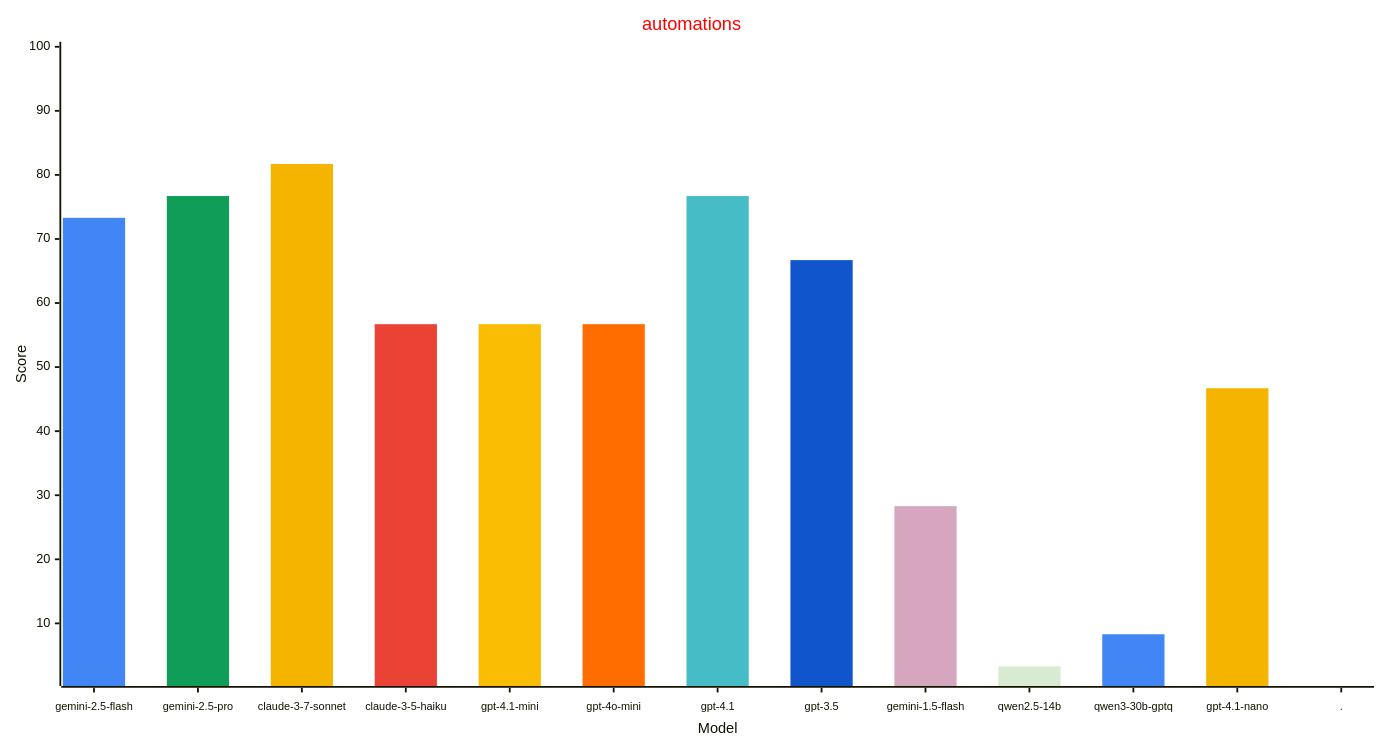
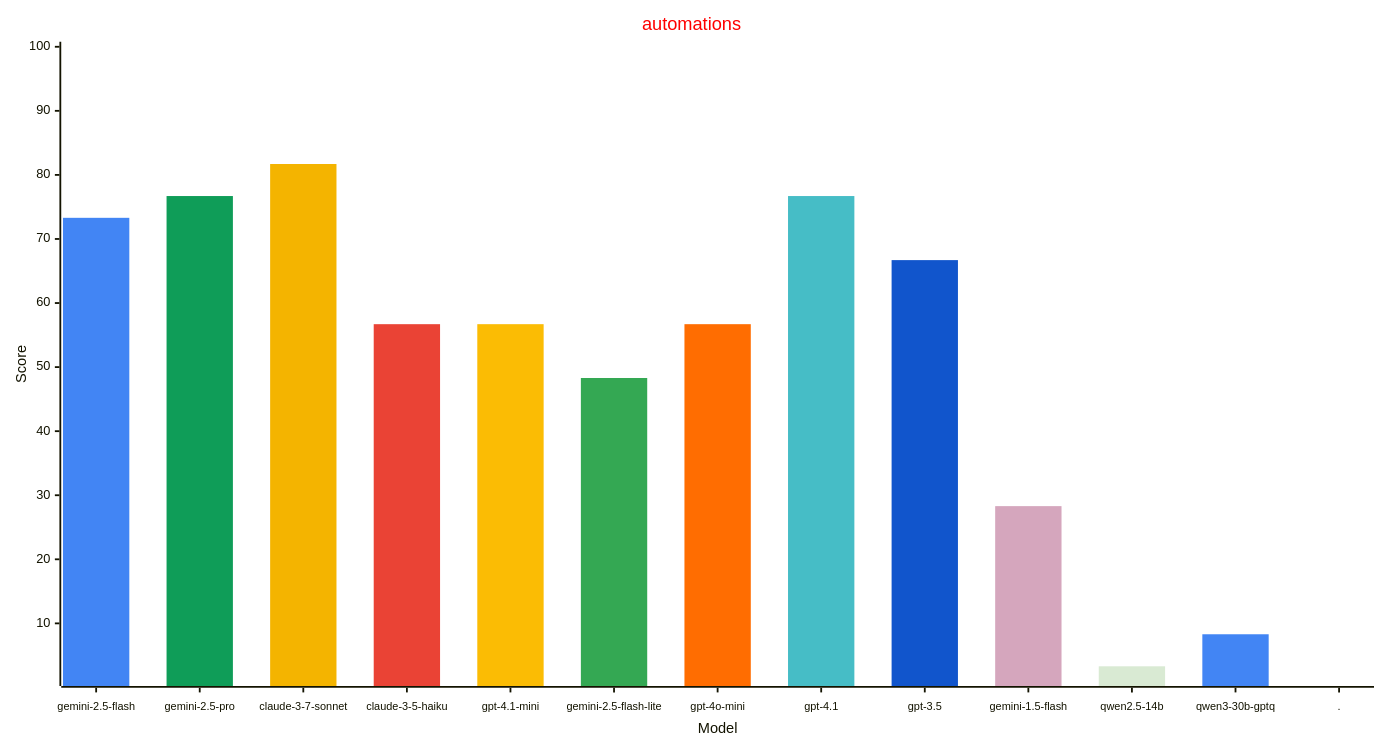
The fourth of 4 diagrams in reports/README.md (allenporter/home-assistant-datasets), drawn with Mermaid before and after one commit. The commit also changed other lines of this file and 73 other files, not shown here.

````diff
--- a/reports/README.md
+++ b/reports/README.md
@@ -210,33 +210,33 @@
 ```mermaid
 ---
 config:
     xyChart:
         width: 1500
         height: 800
         xAxis:
           labelFontSize: 12
           labelPadding: 8
     themeVariables:
         xyChart:
             titleColor: "#ff0000"
-            plotColorPalette: "#4285f4, #0f9d58, #f4b400, #ea4335, #fbbc04, #ff6d01, #46bdc6, #1155cc, #d5a6bd, #d9ead3, #4285f4, #f4b400, #4285f4"
+            plotColorPalette: "#4285f4, #0f9d58, #f4b400, #ea4335, #fbbc04, #34a853, #ff6d01, #46bdc6, #1155cc, #d5a6bd, #d9ead3, #4285f4, #4285f4"
 
 ---
 xychart-beta
   title "automations"
-  x-axis "Model" [gemini-2.5-flash, gemini-2.5-pro, claude-3-7-sonnet, claude-3-5-haiku, gpt-4.1-mini, gpt-4o-mini, gpt-4.1, gpt-3.5, gemini-1.5-flash, qwen2.5-14b, qwen3-30b-gptq, gpt-4.1-nano, .]
+  x-axis "Model" [gemini-2.5-flash, gemini-2.5-pro, claude-3-7-sonnet, claude-3-5-haiku, gpt-4.1-mini, gemini-2.5-flash-lite, gpt-4o-mini, gpt-4.1, gpt-3.5, gemini-1.5-flash, qwen2.5-14b, qwen3-30b-gptq, .]
   y-axis "Score" 1 --> 100
   bar [73.3, 0.0, 0.0, 0.0, 0.0, 0.0, 0.0, 0.0, 0.0, 0.0, 0.0, 0.0, 0.0]
   bar [0.0, 76.7, 0.0, 0.0, 0.0, 0.0, 0.0, 0.0, 0.0, 0.0, 0.0, 0.0, 0.0]
   bar [0.0, 0.0, 81.7, 0.0, 0.0, 0.0, 0.0, 0.0, 0.0, 0.0, 0.0, 0.0, 0.0]
   bar [0.0, 0.0, 0.0, 56.7, 0.0, 0.0, 0.0, 0.0, 0.0, 0.0, 0.0, 0.0, 0.0]
   bar [0.0, 0.0, 0.0, 0.0, 56.7, 0.0, 0.0, 0.0, 0.0, 0.0, 0.0, 0.0, 0.0]
-  bar [0.0, 0.0, 0.0, 0.0, 0.0, 56.7, 0.0, 0.0, 0.0, 0.0, 0.0, 0.0, 0.0]
-  bar [0.0, 0.0, 0.0, 0.0, 0.0, 0.0, 76.7, 0.0, 0.0, 0.0, 0.0, 0.0, 0.0]
-  bar [0.0, 0.0, 0.0, 0.0, 0.0, 0.0, 0.0, 66.7, 0.0, 0.0, 0.0, 0.0, 0.0]
-  bar [0.0, 0.0, 0.0, 0.0, 0.0, 0.0, 0.0, 0.0, 28.3, 0.0, 0.0, 0.0, 0.0]
-  bar [0.0, 0.0, 0.0, 0.0, 0.0, 0.0, 0.0, 0.0, 0.0, 3.3, 0.0, 0.0, 0.0]
-  bar [0.0, 0.0, 0.0, 0.0, 0.0, 0.0, 0.0, 0.0, 0.0, 0.0, 8.3, 0.0, 0.0]
-  bar [0.0, 0.0, 0.0, 0.0, 0.0, 0.0, 0.0, 0.0, 0.0, 0.0, 0.0, 46.7, 0.0]
+  bar [0.0, 0.0, 0.0, 0.0, 0.0, 48.3, 0.0, 0.0, 0.0, 0.0, 0.0, 0.0, 0.0]
+  bar [0.0, 0.0, 0.0, 0.0, 0.0, 0.0, 56.7, 0.0, 0.0, 0.0, 0.0, 0.0, 0.0]
+  bar [0.0, 0.0, 0.0, 0.0, 0.0, 0.0, 0.0, 76.7, 0.0, 0.0, 0.0, 0.0, 0.0]
+  bar [0.0, 0.0, 0.0, 0.0, 0.0, 0.0, 0.0, 0.0, 66.7, 0.0, 0.0, 0.0, 0.0]
+  bar [0.0, 0.0, 0.0, 0.0, 0.0, 0.0, 0.0, 0.0, 0.0, 28.3, 0.0, 0.0, 0.0]
+  bar [0.0, 0.0, 0.0, 0.0, 0.0, 0.0, 0.0, 0.0, 0.0, 0.0, 3.3, 0.0, 0.0]
+  bar [0.0, 0.0, 0.0, 0.0, 0.0, 0.0, 0.0, 0.0, 0.0, 0.0, 0.0, 8.3, 0.0]
   bar [0.0, 0.0, 0.0, 0.0, 0.0, 0.0, 0.0, 0.0, 0.0, 0.0, 0.0, 0.0, -1.0]
 ```
````
